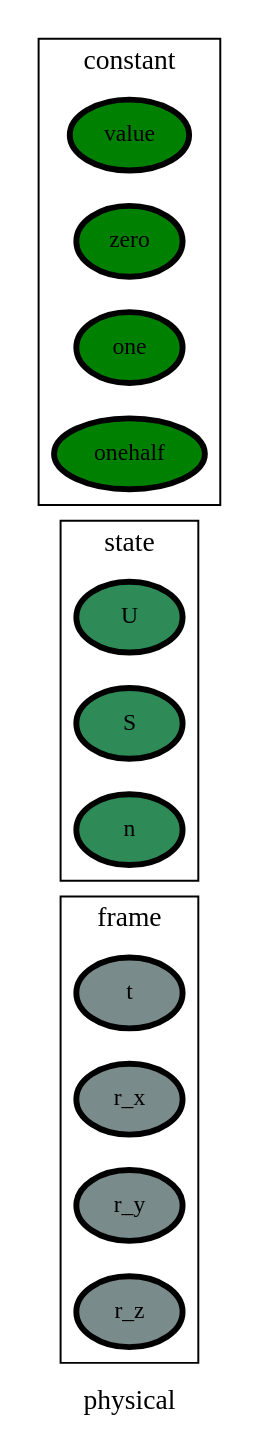
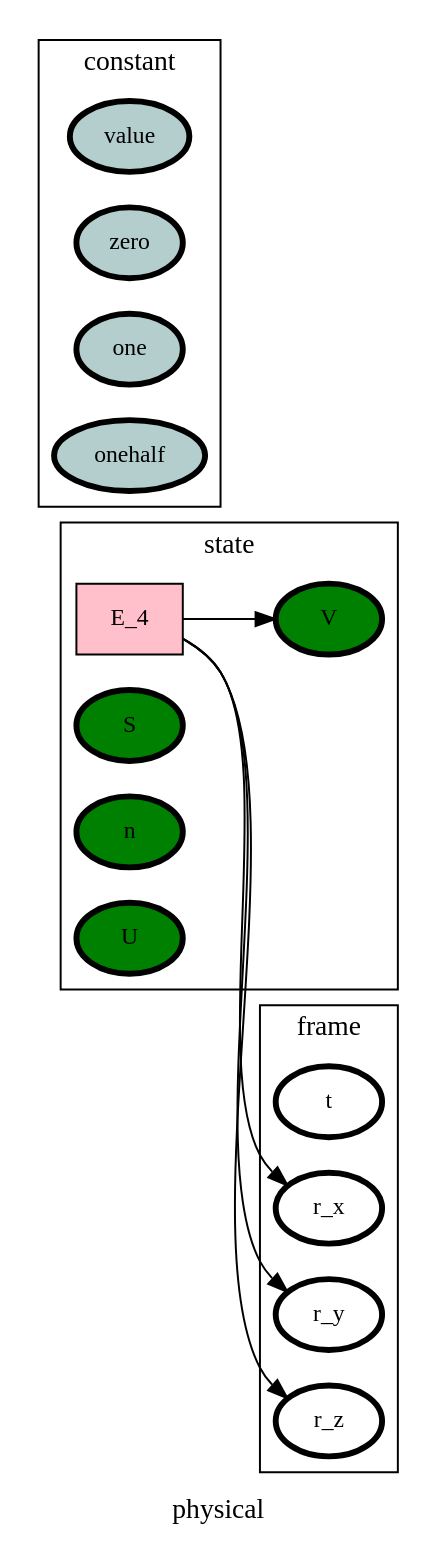
The diagram in ontology_graphs/graph__physical.dot (heinz-preisig/processes_distributed_no_interface_eqs), drawn with Graphviz before and after one commit. The commit also changed 56 other files, not shown here.

```diff
--- a/ontology_graphs/graph__physical.dot
+++ b/ontology_graphs/graph__physical.dot
@@ -1,70 +1,76 @@
 digraph physical {
 label=physical;
 rankdir=LR;
 subgraph cluster_physical___network {
 label=network;
 rankdir=LR;
 }
 
 subgraph cluster_physical___differenceOperator {
 label=differenceOperator;
 rankdir=LR;
 }
 
 subgraph cluster_physical___frame {
 label=frame;
 rankdir=LR;
-V_5 [fillcolor=lightcyan4, fontsize=12, label=t, penwidth=3, style=filled];
-V_6 [fillcolor=lightcyan4, fontsize=12, label=r_x, penwidth=3, style=filled];
-V_7 [fillcolor=lightcyan4, fontsize=12, label=r_y, penwidth=3, style=filled];
-V_8 [fillcolor=lightcyan4, fontsize=12, label=r_z, penwidth=3, style=filled];
+V_5 [fillcolor=white, fontsize=12, label=t, penwidth=3, style=filled];
+V_6 [fillcolor=white, fontsize=12, label=r_x, penwidth=3, style=filled];
+V_7 [fillcolor=white, fontsize=12, label=r_y, penwidth=3, style=filled];
+V_8 [fillcolor=white, fontsize=12, label=r_z, penwidth=3, style=filled];
 }
 
+E_4 -> V_6  [splines=ortho];
+E_4 -> V_7  [splines=ortho];
+E_4 -> V_8  [splines=ortho];
 subgraph cluster_physical___state {
 label=state;
 rankdir=LR;
-V_9 [fillcolor=seagreen4, fontsize=12, label=U, penwidth=3, style=filled];
-V_10 [fillcolor=seagreen4, fontsize=12, label=S, penwidth=3, style=filled];
-V_11 [fillcolor=seagreen4, fontsize=12, label=n, penwidth=3, style=filled];
+V_10 [fillcolor=green, fontsize=12, label=S, penwidth=3, style=filled];
+V_11 [fillcolor=green, fontsize=12, label=n, penwidth=3, style=filled];
+V_9 [fillcolor=green, fontsize=12, label=U, penwidth=3, style=filled];
+V_12 [fillcolor=green, fontsize=12, label=V, penwidth=3, style=filled];
+E_4 [fillcolor=pink, fontsize=12, shape=box, style=filled];
+E_4 -> V_12  [splines=ortho];
 }
 
 subgraph cluster_physical___constant {
 label=constant;
 rankdir=LR;
-V_1 [fillcolor=green, fontsize=12, label=value, penwidth=3, style=filled];
-V_2 [fillcolor=green, fontsize=12, label=zero, penwidth=3, style=filled];
-V_3 [fillcolor=green, fontsize=12, label=one, penwidth=3, style=filled];
-V_4 [fillcolor=green, fontsize=12, label=onehalf, penwidth=3, style=filled];
+V_1 [fillcolor=lightcyan3, fontsize=12, label=value, penwidth=3, style=filled];
+V_2 [fillcolor=lightcyan3, fontsize=12, label=zero, penwidth=3, style=filled];
+V_3 [fillcolor=lightcyan3, fontsize=12, label=one, penwidth=3, style=filled];
+V_4 [fillcolor=lightcyan3, fontsize=12, label=onehalf, penwidth=3, style=filled];
 }
 
 subgraph cluster_physical___effort {
 label=effort;
 rankdir=LR;
 }
 
 subgraph cluster_physical___secondaryState {
 label=secondaryState;
 rankdir=LR;
 }
 
 subgraph cluster_physical___diffState {
 label=diffState;
 rankdir=LR;
 }
 
 subgraph cluster_physical___conversion {
 label=conversion;
 rankdir=LR;
 }
 
 subgraph cluster_physical___controlInput {
 label=controlInput;
 rankdir=LR;
 }
 
 subgraph cluster_physical___observation {
 label=observation;
 rankdir=LR;
 }
 
 }
```
